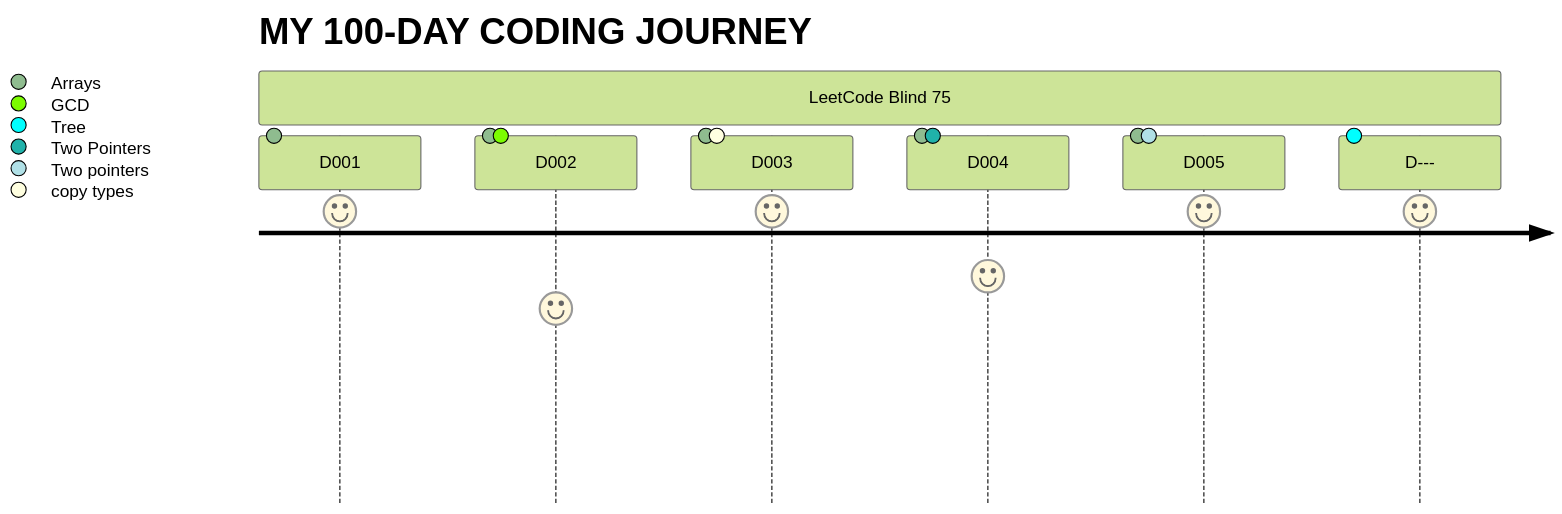
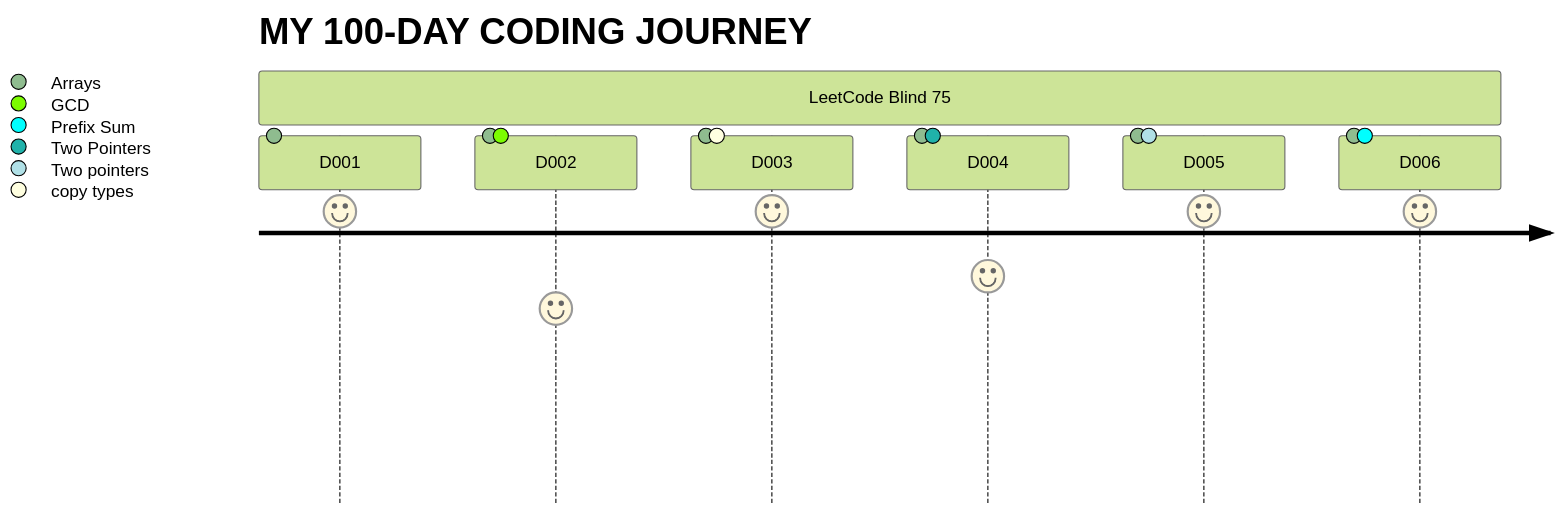
The diagram in log.md (Edddush/100-days-of-code), drawn with Mermaid (forest theme) before and after one commit. The commit also changed other lines of this file, not shown here.

````diff
--- a/log.md
+++ b/log.md
@@ -3,11 +3,11 @@
 ```mermaid
 journey
     title MY 100-DAY CODING JOURNEY
     section LeetCode Blind 75
       D001: 9: Arrays
       D002: 6: Arrays, GCD
       D003: 9: Arrays, copy types
       D004: 7: Arrays, Two Pointers
       D005: 9: Arrays, Two pointers
-      D---: 9: Tree
+      D006: 9: Arrays, Prefix Sum
 ```
````
